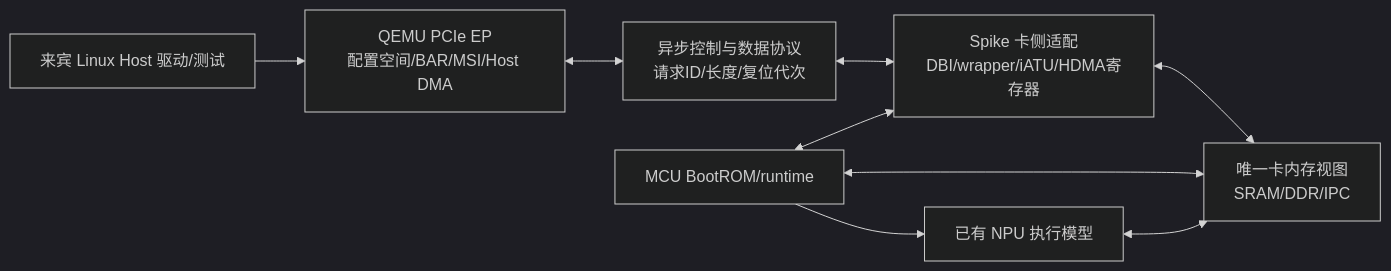
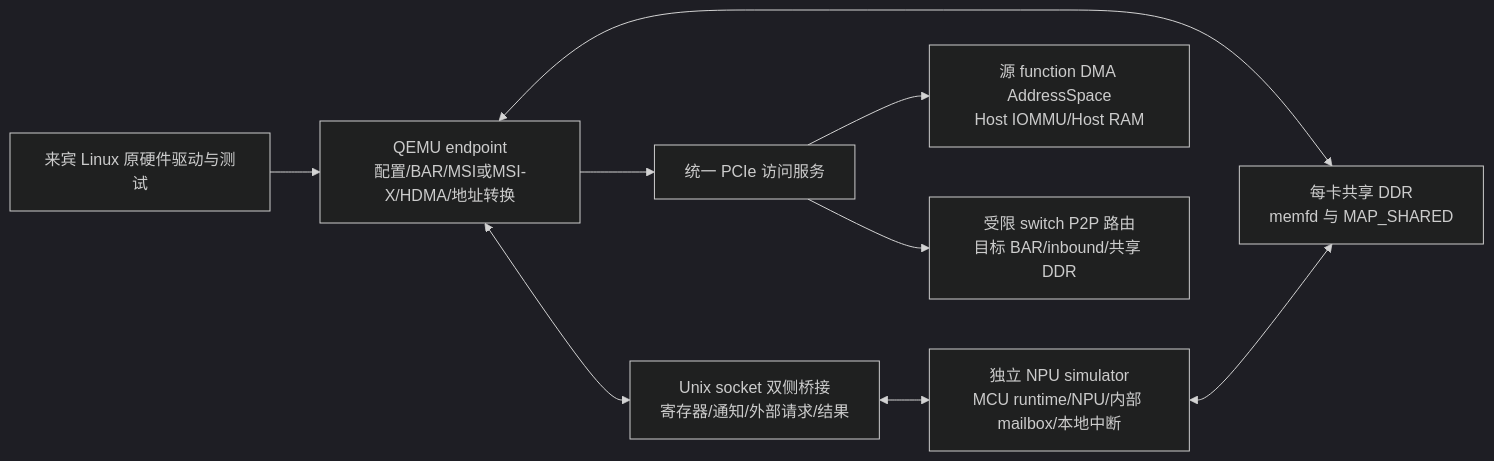
One commit to YoungLee1995/qemu changed the diagram in zc_simulator/EMU参考demo转软件仿真可行性分析.md. Above: the diagram before and after it, drawn with Mermaid (dark theme). The commit also changed other lines of this file and 1 other file, not shown here.

````diff
--- a/zc_simulator/EMU参考demo转软件仿真可行性分析.md
+++ b/zc_simulator/EMU参考demo转软件仿真可行性分析.md
@@ -137,11 +152,17 @@
 ```mermaid
 flowchart LR
-    H[来宾 Linux Host 驱动/测试] --> Q[QEMU PCIe EP\n配置空间/BAR/MSI/Host DMA]
-    Q <--> A[异步控制与数据协议\n请求ID/长度/复位代次]
-    A <--> S[Spike 卡侧适配\nDBI/wrapper/iATU/HDMA寄存器]
-    S <--> M[唯一卡内存视图\nSRAM/DDR/IPC]
-    U[MCU BootROM/runtime] <--> S
-    U <--> M
-    U --> N[已有 NPU 执行模型]
-    N <--> M
+    H[来宾 Linux 原硬件驱动与测试] --> Q[QEMU endpoint
+配置/BAR/MSI或MSI-X/HDMA/地址转换]
+    Q <--> B[Unix socket 双侧桥接
+寄存器/通知/外部请求/结果]
+    B <--> S[独立 NPU simulator
+MCU runtime/NPU/内部 mailbox/本地中断]
+    Q <--> D[每卡共享 DDR
+memfd 与 MAP_SHARED]
+    S <--> D
+    Q --> V[统一 PCIe 访问服务]
+    V --> I[源 function DMA AddressSpace
+Host IOMMU/Host RAM]
+    V --> P[受限 switch P2P 路由
+目标 BAR/inbound/共享 DDR]
 ```
````
